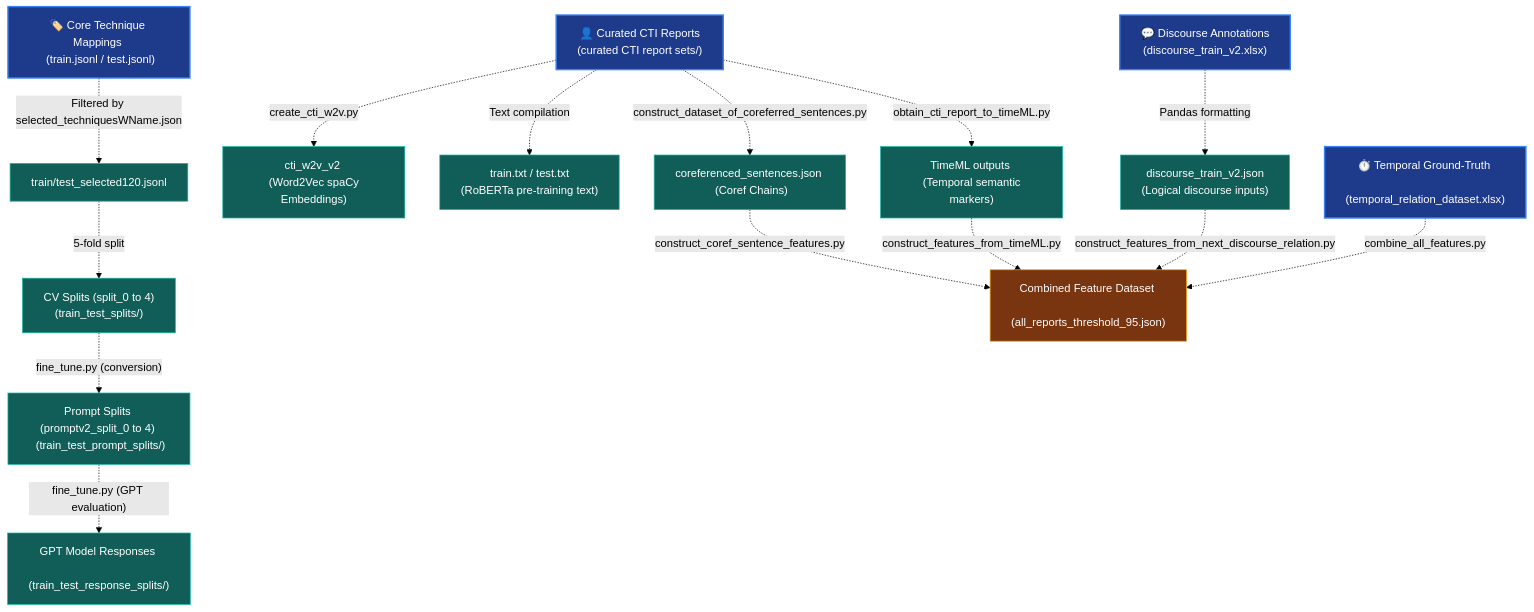
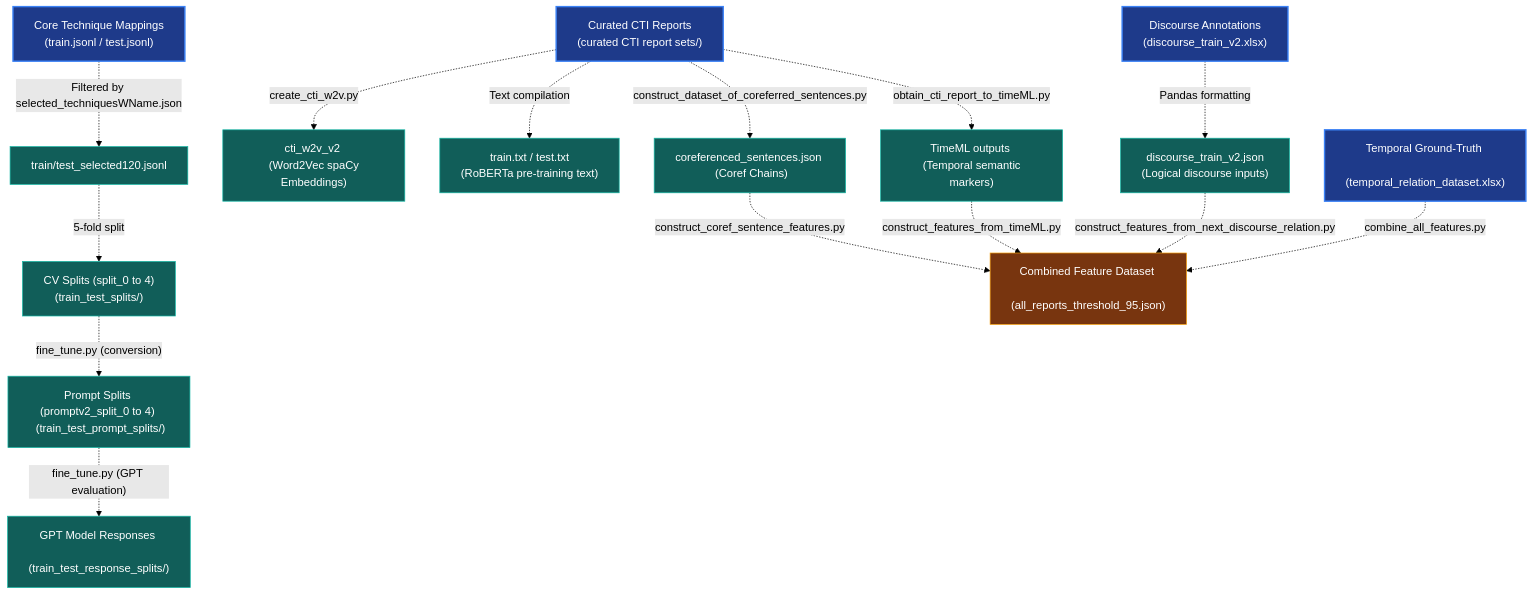
One commit to mahshin1428/ChronoCTI changed the diagram in DATASET_FLOW.md. Above: the diagram before and after it, drawn with Mermaid (forest theme). The commit also changed other lines of this file, not shown here.

Commit message:
update dataset descriptions in flowchart

````diff
--- a/DATASET_FLOW.md
+++ b/DATASET_FLOW.md
@@ -9,34 +9,34 @@
 ```mermaid
 flowchart TD
     %% Styles
     classDef parent fill:#1e3a8a,stroke:#3b82f6,stroke-width:2px,color:#fff;
     classDef derived fill:#115e59,stroke:#14b8a6,stroke-width:1px,color:#fff;
     classDef output fill:#78350f,stroke:#f59e0b,stroke-width:1px,color:#fff;
 
     %% Parent Datasets (Roots)
-    P1["👤 Curated CTI Reports <br> (curated CTI report sets/)"]:::parent
-    P2["🏷️ Core Technique Mappings <br> (train.jsonl / test.jsonl)"]:::parent
-    P3["💬 Discourse Annotations <br> (discourse_train_v2.xlsx)"]:::parent
-    P4["⏱️ Temporal Ground-Truth <br> (temporal_relation_dataset.xlsx)"]:::parent
+    P1[" Curated CTI Reports <br> (curated CTI report sets/)"]:::parent
+    P2["Core Technique Mappings <br> (train.jsonl / test.jsonl)"]:::parent
+    P3["Discourse Annotations <br> (discourse_train_v2.xlsx)"]:::parent
+    P4["Temporal Ground-Truth <br> (temporal_relation_dataset.xlsx)"]:::parent
 
     %% Transformations from CTI Reports
     P1 -.->|"create_cti_w2v.py"| D1["cti_w2v_v2 <br> (Word2Vec spaCy Embeddings)"]:::derived
     P1 -.->|"Text compilation"| D2["train.txt / test.txt <br> (RoBERTa pre-training text)"]:::derived
     P1 -.->|"construct_dataset_of_coreferred_sentences.py"| D3["coreferenced_sentences.json <br> (Coref Chains)"]:::derived
     P1 -.->|"obtain_cti_report_to_timeML.py"| D4["TimeML outputs <br> (Temporal semantic markers)"]:::derived
 
     %% Transformations from Mappings
     P2 -.->|"Filtered by selected_techniquesWName.json"| D5["train/test_selected120.jsonl"]:::derived
     D5 -.->|"5-fold split"| D6["CV Splits (split_0 to 4) <br> (train_test_splits/)"]:::derived
     D6 -.->|"fine_tune.py (conversion)"| D7["Prompt Splits (promptv2_split_0 to 4) <br> (train_test_prompt_splits/)"]:::derived
     D7 -.->|"fine_tune.py (GPT evaluation)"| D8["GPT Model Responses <br> (train_test_response_splits/)"]:::derived
 
     %% Transformations from Discourse
     P3 -.->|"Pandas formatting"| D9["discourse_train_v2.json <br> (Logical discourse inputs)"]:::derived
 
     %% Convergence into features & final learning
     D3 -.->|"construct_coref_sentence_features.py"| F1["Combined Feature Dataset <br> (all_reports_threshold_95.json)"]:::output
     D4 -.->|"construct_features_from_timeML.py"| F1
     D9 -.->|"construct_features_from_next_discourse_relation.py"| F1
     P4 -.->|"combine_all_features.py"| F1
 ```
````
